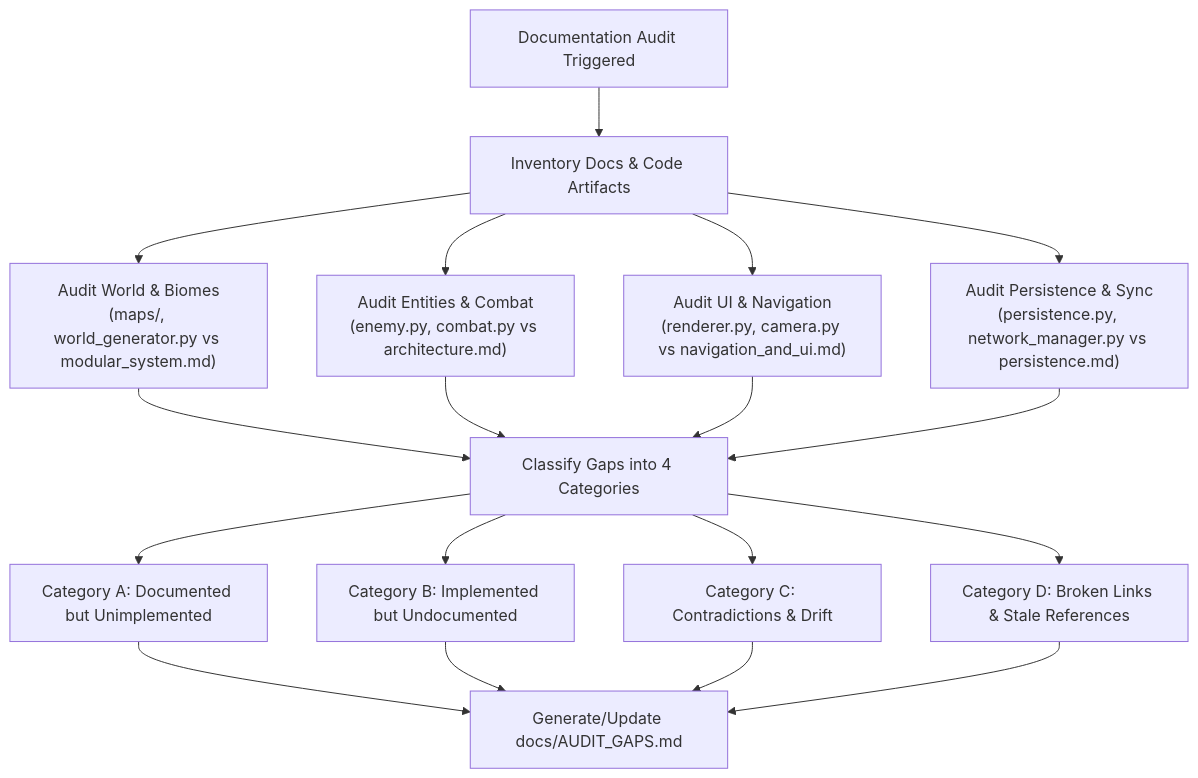
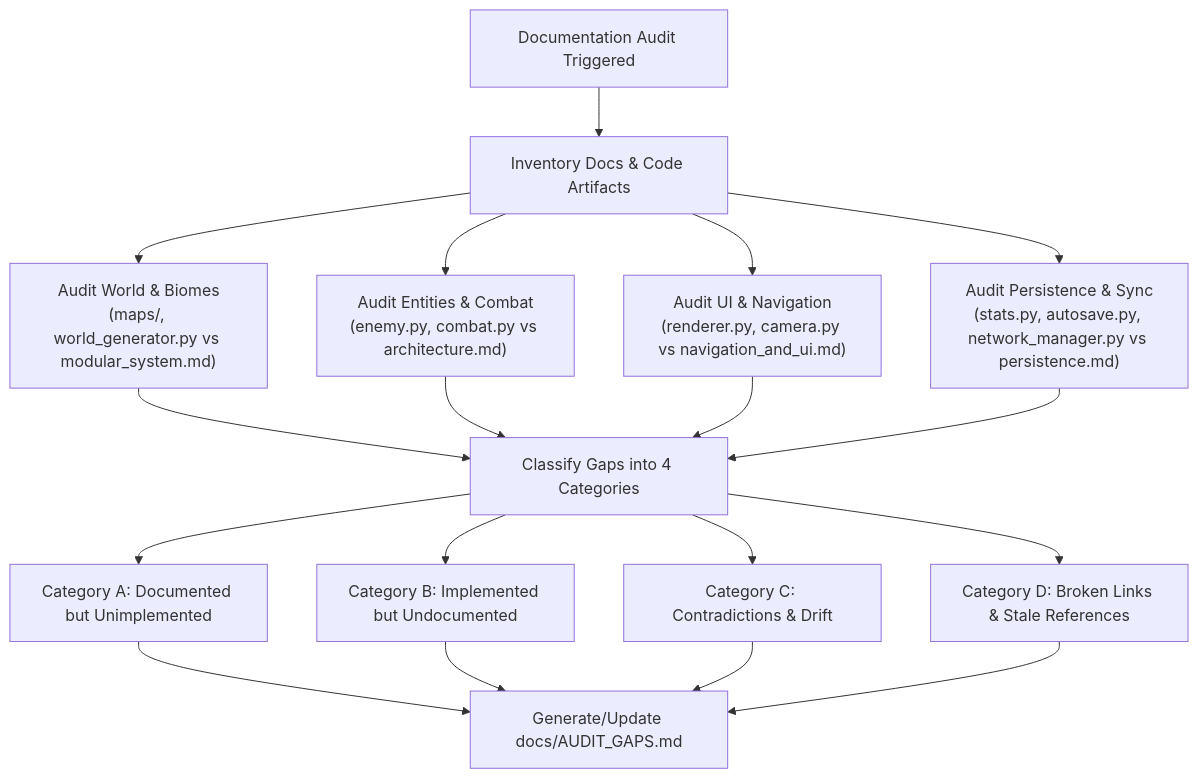
The first of 2 diagrams in .gemini/skills/doc-audit/SKILL.md (dvstin1/avoid-rain), drawn with Mermaid before and after one commit. The commit also changed other lines of this file and 2 other files, not shown here.

First line of the commit message:
Fix stale module references in doc-audit and prompt-review skills

````diff
--- a/.gemini/skills/doc-audit/SKILL.md
+++ b/.gemini/skills/doc-audit/SKILL.md
@@ -92,23 +92,23 @@
 ```mermaid
 flowchart TD
     A["Documentation Audit Triggered"] --> B["Inventory Docs & Code Artifacts"]
     B --> C1["Audit World & Biomes\n(maps/, world_generator.py vs modular_system.md)"]
     B --> C2["Audit Entities & Combat\n(enemy.py, combat.py vs architecture.md)"]
     B --> C3["Audit UI & Navigation\n(renderer.py, camera.py vs navigation_and_ui.md)"]
-    B --> C4["Audit Persistence & Sync\n(persistence.py, network_manager.py vs persistence.md)"]
+    B --> C4["Audit Persistence & Sync\n(stats.py, autosave.py, network_manager.py vs persistence.md)"]
     
     C1 --> D["Classify Gaps into 4 Categories"]
     C2 --> D
     C3 --> D
     C4 --> D
     
     D --> E1["Category A: Documented but Unimplemented"]
     D --> E2["Category B: Implemented but Undocumented"]
     D --> E3["Category C: Contradictions & Drift"]
     D --> E4["Category D: Broken Links & Stale References"]
     
     E1 --> F["Generate/Update docs/AUDIT_GAPS.md"]
     E2 --> F
     E3 --> F
     E4 --> F
 ```
````
